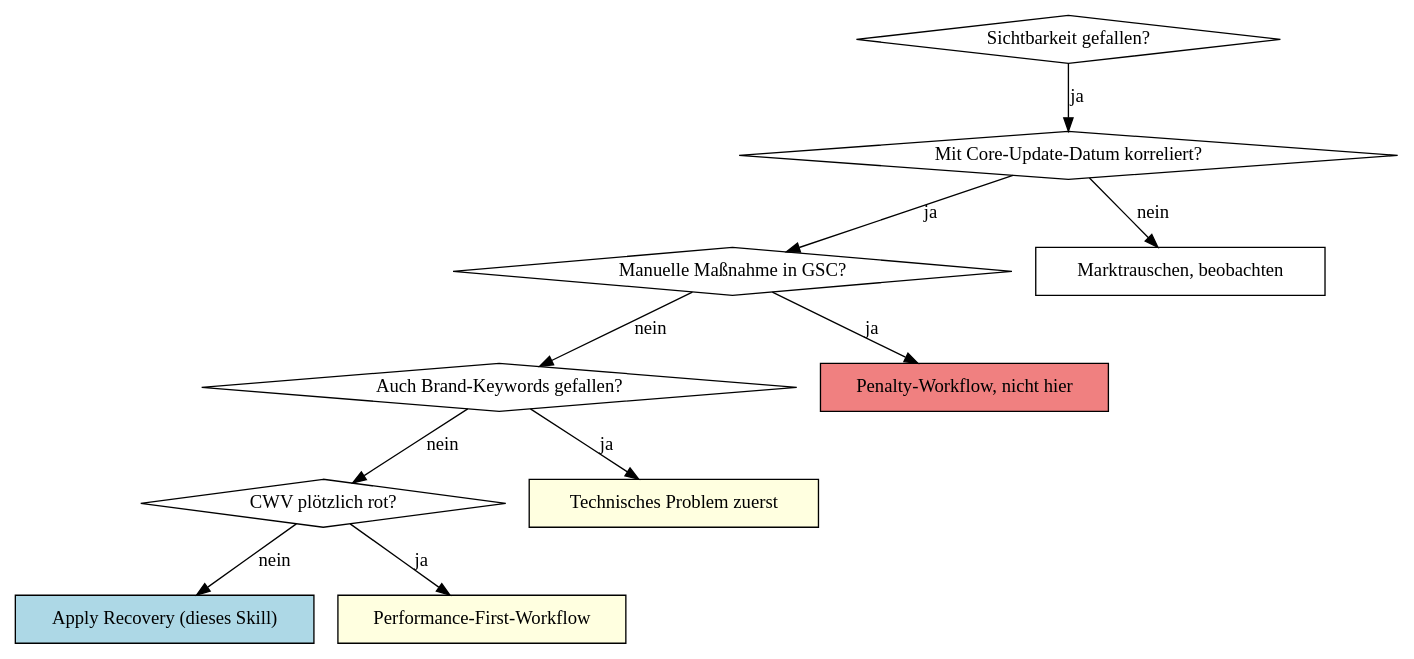
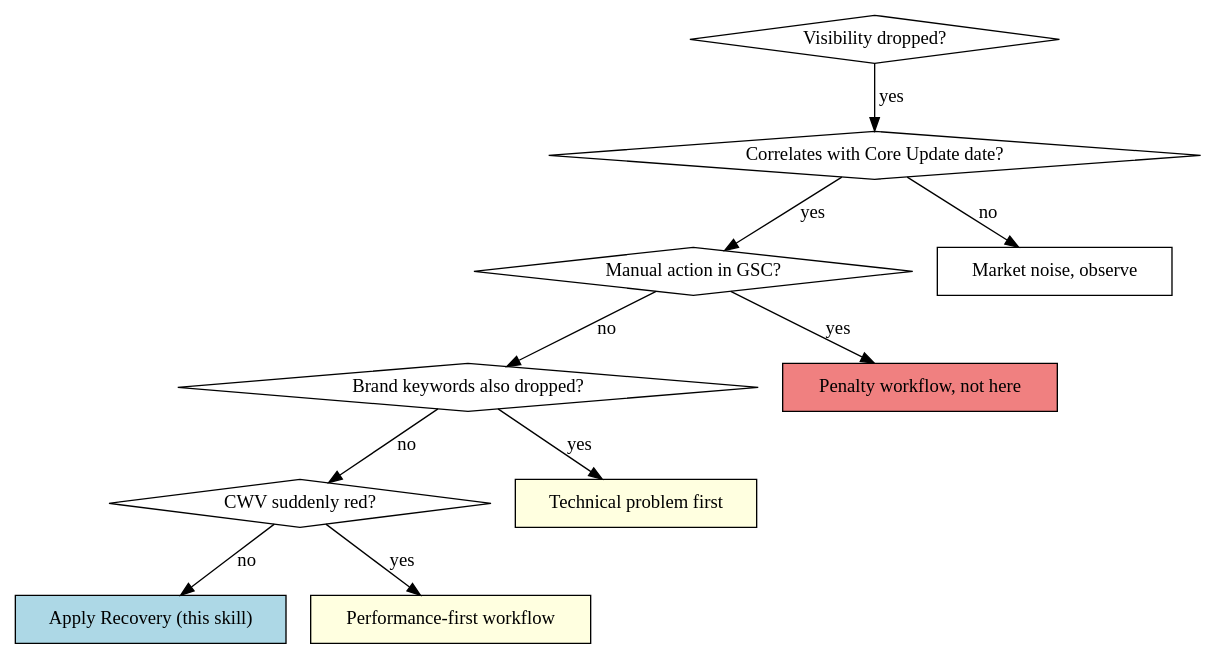
Before and after one commit to maxschottke-spec/seo-survival-kit: the diagram in plugins/seo-rescue/skills/post-core-update-recovery/SKILL.md, drawn with Graphviz. The commit also changed other lines of this file and 1 other file, not shown here.

First line of the commit message:
docs(skills): translate primary SKILL.md files to English

````diff
--- a/plugins/seo-rescue/skills/post-core-update-recovery/SKILL.md
+++ b/plugins/seo-rescue/skills/post-core-update-recovery/SKILL.md
@@ -27,24 +27,24 @@
 ```dot
 digraph diag {
-    "Sichtbarkeit gefallen?" [shape=diamond];
-    "Mit Core-Update-Datum korreliert?" [shape=diamond];
-    "Auch Brand-Keywords gefallen?" [shape=diamond];
-    "Manuelle Maßnahme in GSC?" [shape=diamond];
-    "CWV plötzlich rot?" [shape=diamond];
-    "Apply Recovery (dieses Skill)" [shape=box,style=filled,fillcolor=lightblue];
-    "Technisches Problem zuerst" [shape=box,style=filled,fillcolor=lightyellow];
-    "Penalty-Workflow, nicht hier" [shape=box,style=filled,fillcolor=lightcoral];
-    "Performance-First-Workflow" [shape=box,style=filled,fillcolor=lightyellow];
-    "Marktrauschen, beobachten" [shape=box];
+    "Visibility dropped?" [shape=diamond];
+    "Correlates with Core Update date?" [shape=diamond];
+    "Brand keywords also dropped?" [shape=diamond];
+    "Manual action in GSC?" [shape=diamond];
+    "CWV suddenly red?" [shape=diamond];
+    "Apply Recovery (this skill)" [shape=box,style=filled,fillcolor=lightblue];
+    "Technical problem first" [shape=box,style=filled,fillcolor=lightyellow];
+    "Penalty workflow, not here" [shape=box,style=filled,fillcolor=lightcoral];
+    "Performance-first workflow" [shape=box,style=filled,fillcolor=lightyellow];
+    "Market noise, observe" [shape=box];
 
-    "Sichtbarkeit gefallen?" -> "Mit Core-Update-Datum korreliert?" [label="ja"];
-    "Mit Core-Update-Datum korreliert?" -> "Manuelle Maßnahme in GSC?" [label="ja"];
-    "Manuelle Maßnahme in GSC?" -> "Penalty-Workflow, nicht hier" [label="ja"];
-    "Manuelle Maßnahme in GSC?" -> "Auch Brand-Keywords gefallen?" [label="nein"];
-    "Auch Brand-Keywords gefallen?" -> "Technisches Problem zuerst" [label="ja"];
-    "Auch Brand-Keywords gefallen?" -> "CWV plötzlich rot?" [label="nein"];
-    "CWV plötzlich rot?" -> "Performance-First-Workflow" [label="ja"];
-    "CWV plötzlich rot?" -> "Apply Recovery (dieses Skill)" [label="nein"];
-    "Mit Core-Update-Datum korreliert?" -> "Marktrauschen, beobachten" [label="nein"];
+    "Visibility dropped?" -> "Correlates with Core Update date?" [label="yes"];
+    "Correlates with Core Update date?" -> "Manual action in GSC?" [label="yes"];
+    "Manual action in GSC?" -> "Penalty workflow, not here" [label="yes"];
+    "Manual action in GSC?" -> "Brand keywords also dropped?" [label="no"];
+    "Brand keywords also dropped?" -> "Technical problem first" [label="yes"];
+    "Brand keywords also dropped?" -> "CWV suddenly red?" [label="no"];
+    "CWV suddenly red?" -> "Performance-first workflow" [label="yes"];
+    "CWV suddenly red?" -> "Apply Recovery (this skill)" [label="no"];
+    "Correlates with Core Update date?" -> "Market noise, observe" [label="no"];
 }
 ```
````
